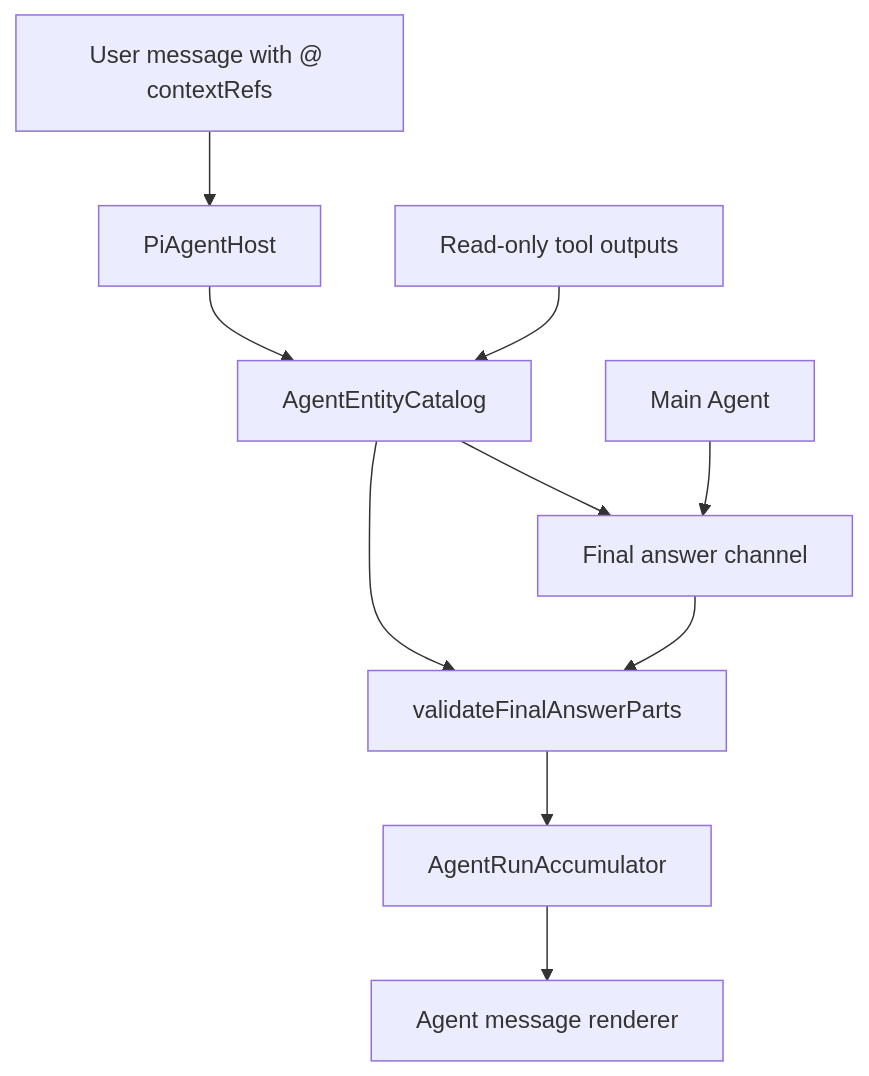
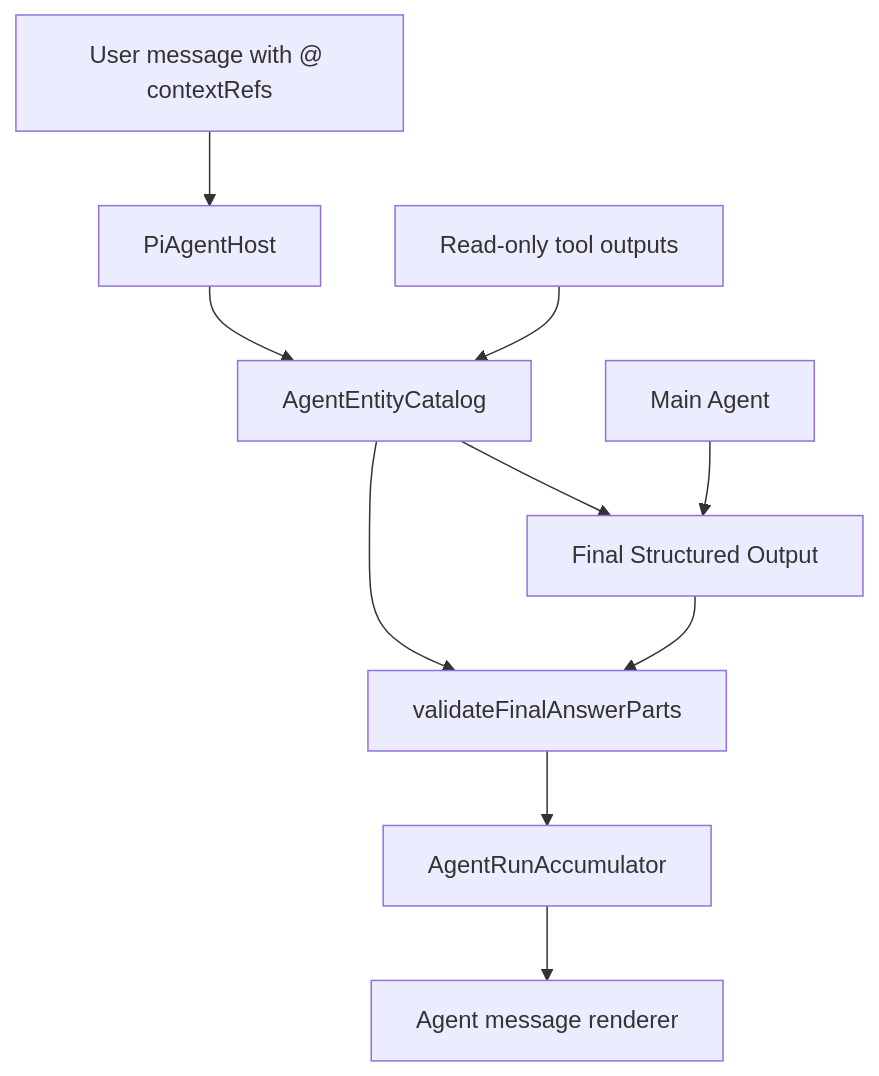
Before and after one commit to Floribunda1/reflecta: the diagram in docs/iterations/v1.1.17/agent-inline-reference-module-mental-model.md, drawn with Mermaid. The commit also changed other lines of this file and 1 other file, not shown here.

Commit message:
docs(agent): require streaming structured references

````diff
--- a/docs/iterations/v1.1.17/agent-inline-reference-module-mental-model.md
+++ b/docs/iterations/v1.1.17/agent-inline-reference-module-mental-model.md
@@ -83,12 +83,12 @@
 ```mermaid
 flowchart TD
   User["User message with @ contextRefs"] --> Host["PiAgentHost"]
   Tools["Read-only tool outputs"] --> Catalog["AgentEntityCatalog"]
   Host --> Catalog
-  Catalog --> Final["Final answer channel"]
+  Catalog --> Final["Final Structured Output"]
   Agent["Main Agent"] --> Final
   Final --> Validator["validateFinalAnswerParts"]
   Catalog --> Validator
   Validator --> Accumulator["AgentRunAccumulator"]
   Accumulator --> Renderer["Agent message renderer"]
 ```
````
